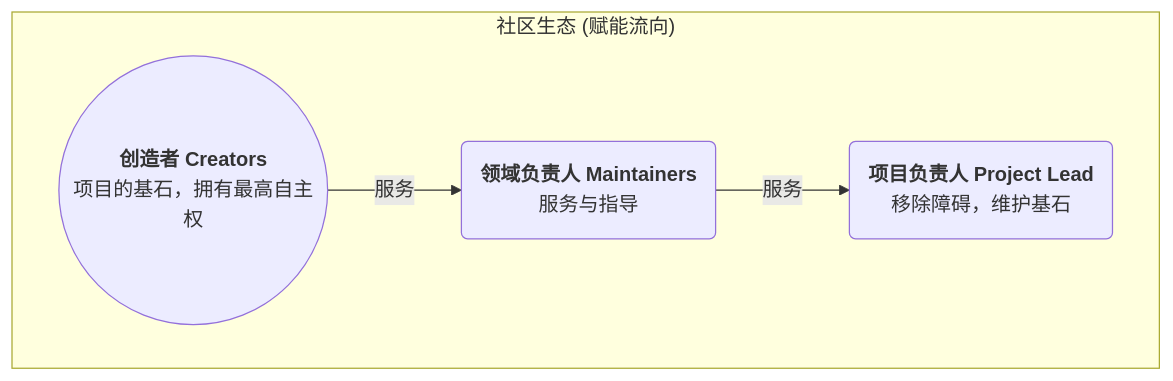
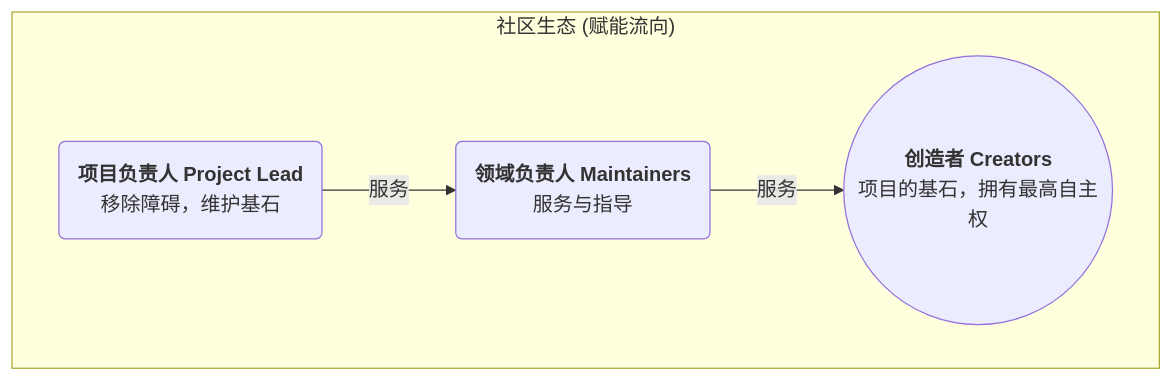
Before and after one commit to rainbow-loong/OneMind: the diagram in doc/open-source-governance/GOVERNANCE_CHARTER.md, drawn with Mermaid.

````diff
--- a/doc/open-source-governance/GOVERNANCE_CHARTER.md
+++ b/doc/open-source-governance/GOVERNANCE_CHARTER.md
@@ -36,11 +36,11 @@
     ```mermaid
     graph TD
         subgraph "社区生态 (赋能流向)"
             C((<b>创造者 Creators</b><br>项目的基石，拥有最高自主权))
             M("<b>领域负责人 Maintainers</b><br>服务与指导")
             P("<b>项目负责人 Project Lead</b><br>移除障碍，维护基石")
         end
 
-        C -- 服务 --> M
-        M -- 服务 --> P
+        P -- 服务 --> M
+        M -- 服务 --> C
     ```
````
